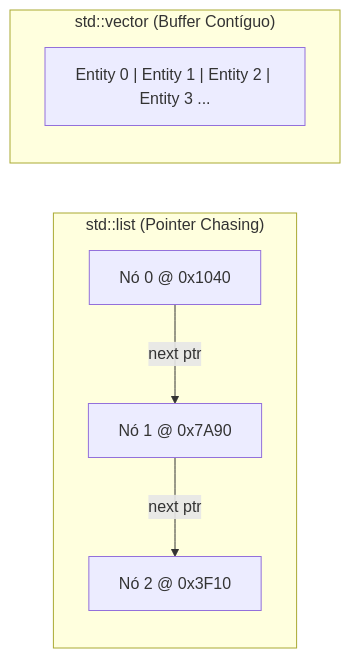
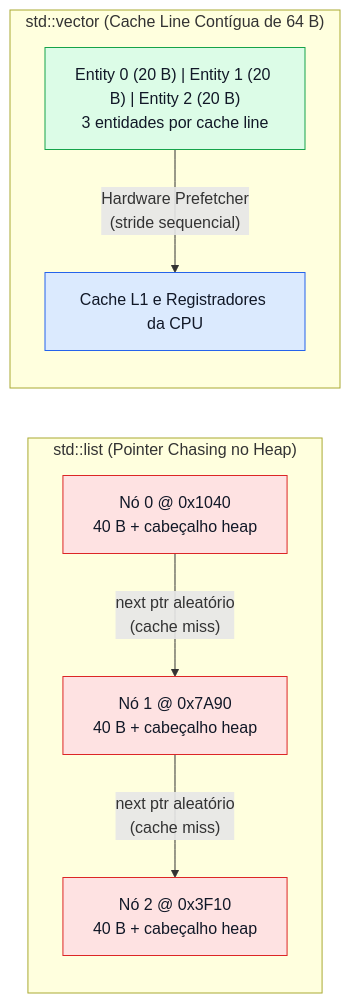
Before and after one commit to LevyArsOS/cpp-lessons: the diagram in lessons/VectorVsList/Tutorial/pt-br.md, drawn with Mermaid. The commit also changed other lines of this file and 9 other files, not shown here.

First line of the commit message:
docs(tutorials): upgrade Mermaid diagrams and clarify systems jargon

````diff
--- a/lessons/VectorVsList/Tutorial/pt-br.md
+++ b/lessons/VectorVsList/Tutorial/pt-br.md
@@ -38,9 +38,13 @@
 ```mermaid
 flowchart LR
-    subgraph List["std::list (Pointer Chasing)"]
-        N0["Nó 0 @ 0x1040"] -->|next ptr| N1["Nó 1 @ 0x7A90"] -->|next ptr| N2["Nó 2 @ 0x3F10"]
+    classDef slow fill:#fee2e2,stroke:#dc2626,color:#111827
+    classDef fast fill:#dcfce7,stroke:#16a34a,color:#111827
+    classDef cpu fill:#dbeafe,stroke:#2563eb,color:#111827
+
+    subgraph List["std::list (Pointer Chasing no Heap)"]
+        N0["Nó 0 @ 0x1040<br/>40 B + cabeçalho heap"]:::slow -->|"next ptr aleatório<br/>(cache miss)"| N1["Nó 1 @ 0x7A90<br/>40 B + cabeçalho heap"]:::slow -->|"next ptr aleatório<br/>(cache miss)"| N2["Nó 2 @ 0x3F10<br/>40 B + cabeçalho heap"]:::slow
     end
-    subgraph Vec["std::vector (Buffer Contíguo)"]
-        V0["Entity 0 | Entity 1 | Entity 2 | Entity 3 ..."]
+    subgraph Vec["std::vector (Cache Line Contígua de 64 B)"]
+        V0["Entity 0 (20 B) | Entity 1 (20 B) | Entity 2 (20 B)<br/>3 entidades por cache line"]:::fast -->|"Hardware Prefetcher<br/>(stride sequencial)"| CPU["Cache L1 e Registradores da CPU"]:::cpu
     end
 ```
````
